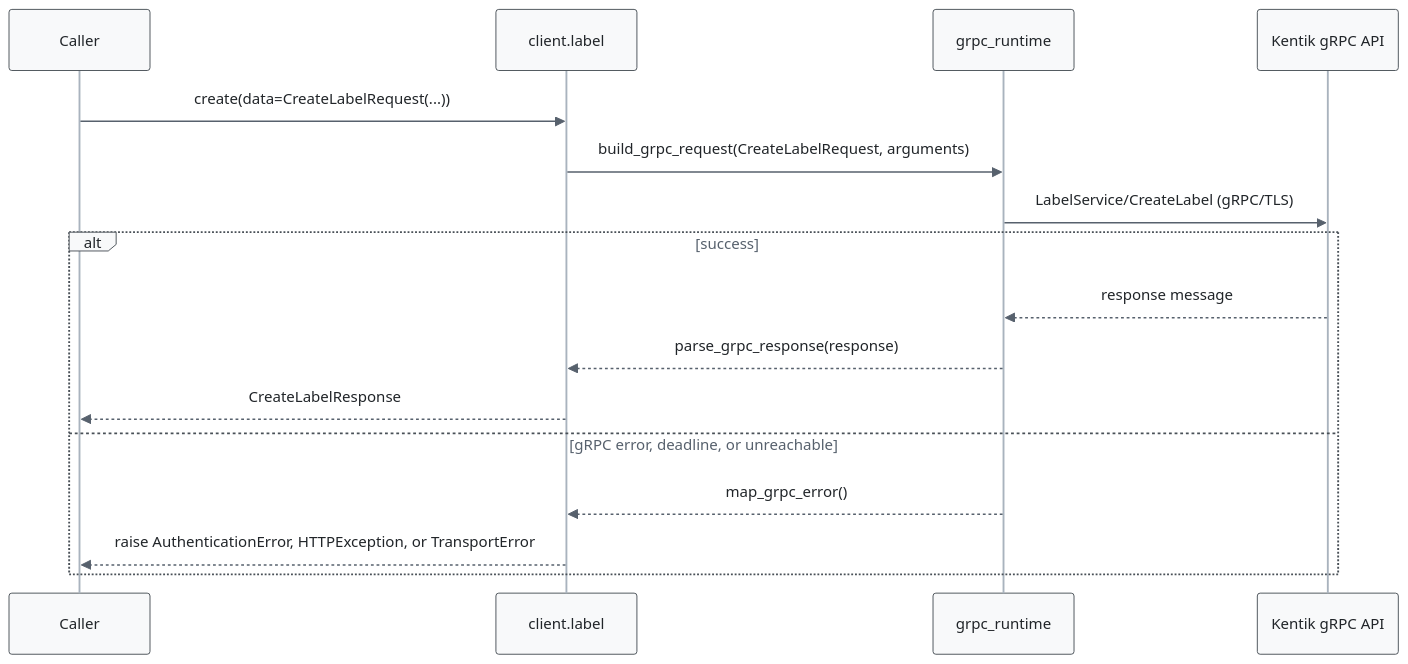
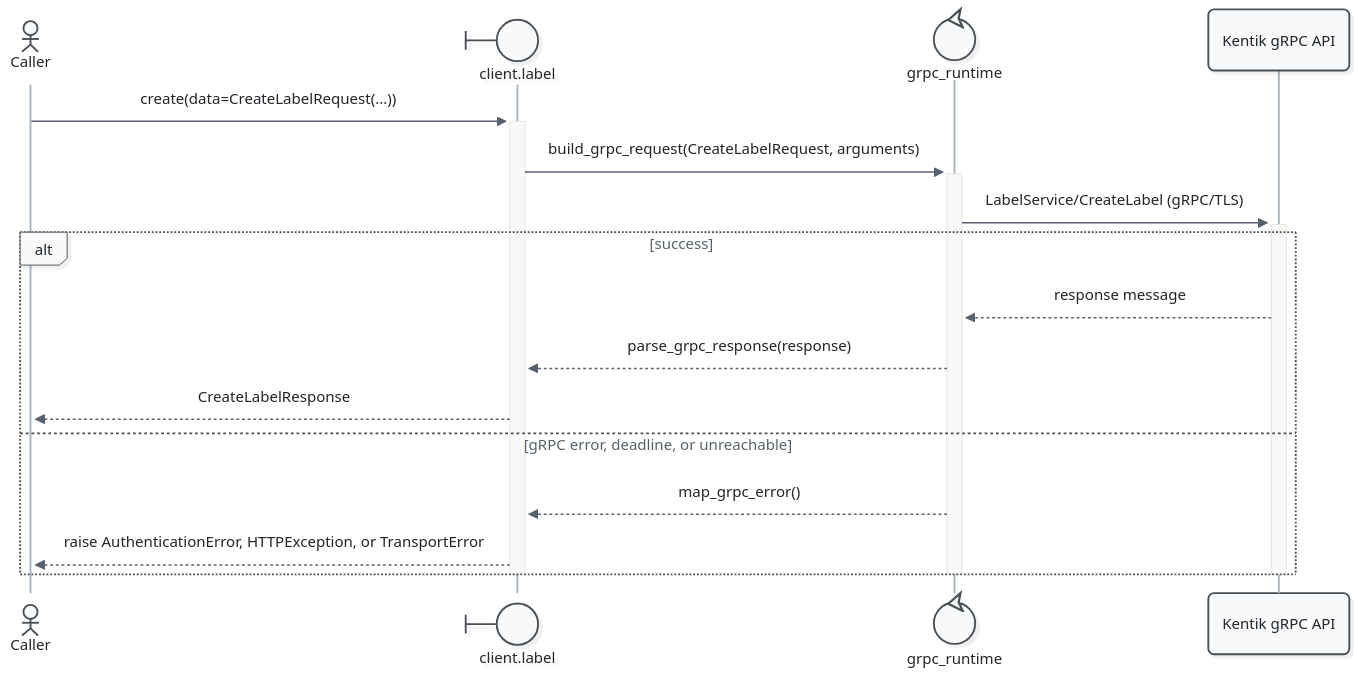
One commit to alexdearaujo/community_sdk_python changed the fourth of 9 diagrams in docs/sphinx/services/label.md. Above: the diagram before and after it, drawn with Mermaid. The commit also changed other lines of this file and 52 other files, not shown here.

First line of the commit message:
docs: Mermaid 12 sequence diagrams with participant types and path colors

````diff
--- a/docs/sphinx/services/label.md
+++ b/docs/sphinx/services/label.md
@@ -125,20 +132,23 @@
 ```mermaid
-%%{init: {"theme": "base", "fontFamily": "ui-monospace, SFMono-Regular, Menlo, monospace", "themeVariables": {"fontFamily": "ui-monospace, SFMono-Regular, Menlo, monospace", "primaryColor": "#f8f9fa", "primaryBorderColor": "#495057", "primaryTextColor": "#212529", "textColor": "#212529", "lineColor": "#77818c", "edgeLabelBackground": "#ffffff", "actorBkg": "#f8f9fa", "actorBorder": "#495057", "actorTextColor": "#212529", "actorLineColor": "#a9b3be", "signalColor": "#57616d", "signalTextColor": "#212529", "labelBoxBkgColor": "#f8f9fa", "labelBoxBorderColor": "#495057", "labelTextColor": "#212529", "loopTextColor": "#57616d", "noteBkgColor": "#fff9db", "noteBorderColor": "#f08c00", "noteTextColor": "#a35a00"}, "flowchart": {"curve": "step", "nodeSpacing": 30, "rankSpacing": 70, "wrappingWidth": 400}}}%%
+%%{init: {"theme": "redux", "look": "neo", "layout": "dagre", "fontFamily": "ui-monospace, SFMono-Regular, Menlo, monospace", "themeVariables": {"fontFamily": "ui-monospace, SFMono-Regular, Menlo, monospace", "primaryColor": "#f8f9fa", "primaryBorderColor": "#495057", "primaryTextColor": "#212529", "textColor": "#212529", "lineColor": "#77818c", "edgeLabelBackground": "#ffffff", "actorBkg": "#f8f9fa", "actorBorder": "#495057", "actorTextColor": "#212529", "actorLineColor": "#a9b3be", "signalColor": "#57616d", "signalTextColor": "#212529", "labelBoxBkgColor": "#f8f9fa", "labelBoxBorderColor": "#495057", "labelTextColor": "#212529", "loopTextColor": "#57616d", "noteBkgColor": "#fff9db", "noteBorderColor": "#f08c00", "noteTextColor": "#a35a00"}, "sequence": {"activationWidth": 16}, "flowchart": {"curve": "step", "nodeSpacing": 30, "rankSpacing": 70, "wrappingWidth": 400}}}%%
 sequenceDiagram
-    participant C as Caller
-    participant W as client.label
-    participant R as grpc_runtime
+    actor C as Caller
+    participant W@{ "type": "boundary" } as client.label
+    participant R@{ "type": "control" } as grpc_runtime
     participant API as Kentik gRPC API
 
-    C->>W: create(data=CreateLabelRequest(...))
-    W->>R: build_grpc_request(CreateLabelRequest, arguments)
-    R->>API: LabelService/CreateLabel (gRPC/TLS)
+    C->>+W: create(data=CreateLabelRequest(...))
+    W->>+R: build_grpc_request(CreateLabelRequest, arguments)
+    R->>+API: LabelService/CreateLabel (gRPC/TLS)
     alt success
         API-->>R: response message
         R-->>W: parse_grpc_response(response)
         W-->>C: CreateLabelResponse
     else gRPC error, deadline, or unreachable
         R-->>W: map_grpc_error()
         W-->>C: raise AuthenticationError, HTTPException, or TransportError
     end
+    deactivate API
+    deactivate R
+    deactivate W
 ```
````
